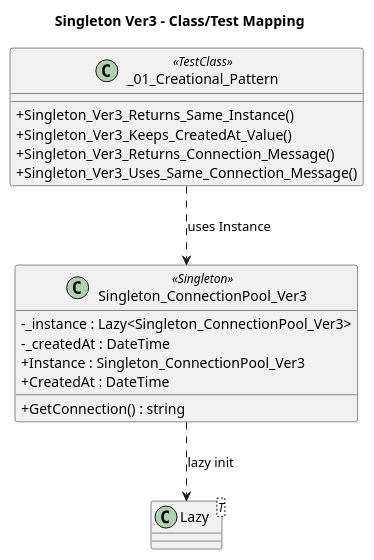
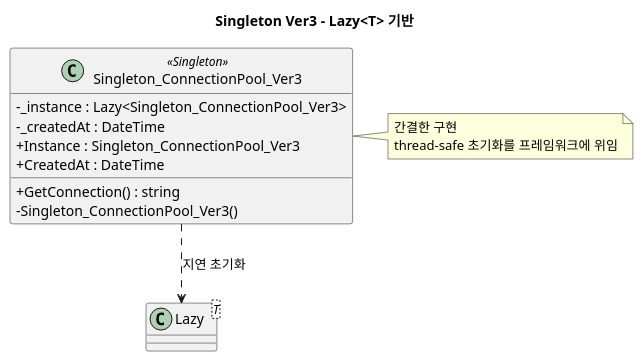
The third of 3 diagrams in doc/01. Creational Pattern/01.01. Signleton.md (newbigwater/Design-Pattern), drawn with PlantUML before and after one commit. The commit also changed other lines of this file and 19 other files, not shown here.

Commit message:
Refactor pattern docs to unified format and align adapter/creational sources

````diff
--- a/doc/01. Creational Pattern/01.01. Signleton.md
+++ b/doc/01. Creational Pattern/01.01. Signleton.md
@@ -294,26 +140,23 @@
 ```plantuml
 @startuml
-title Singleton Ver3 - Class/Test Mapping
+title Singleton Ver3 - Lazy<T> 기반
 skinparam classAttributeIconSize 0
 
 class Singleton_ConnectionPool_Ver3 <<Singleton>> {
   - _instance : Lazy<Singleton_ConnectionPool_Ver3>
   - _createdAt : DateTime
   + Instance : Singleton_ConnectionPool_Ver3
   + CreatedAt : DateTime
   + GetConnection() : string
-}
-
-class _01_Creational_Pattern <<TestClass>> {
-  + Singleton_Ver3_Returns_Same_Instance()
-  + Singleton_Ver3_Keeps_CreatedAt_Value()
-  + Singleton_Ver3_Returns_Connection_Message()
-  + Singleton_Ver3_Uses_Same_Connection_Message()
+  - Singleton_ConnectionPool_Ver3()
 }
 
 class "Lazy<T>" as LazyT
+Singleton_ConnectionPool_Ver3 ..> LazyT : 지연 초기화
 
-_01_Creational_Pattern ..> Singleton_ConnectionPool_Ver3 : uses Instance
-Singleton_ConnectionPool_Ver3 ..> LazyT : lazy init
+note right of Singleton_ConnectionPool_Ver3
+간결한 구현
+thread-safe 초기화를 프레임워크에 위임
+end note
 @enduml
 ```
````
